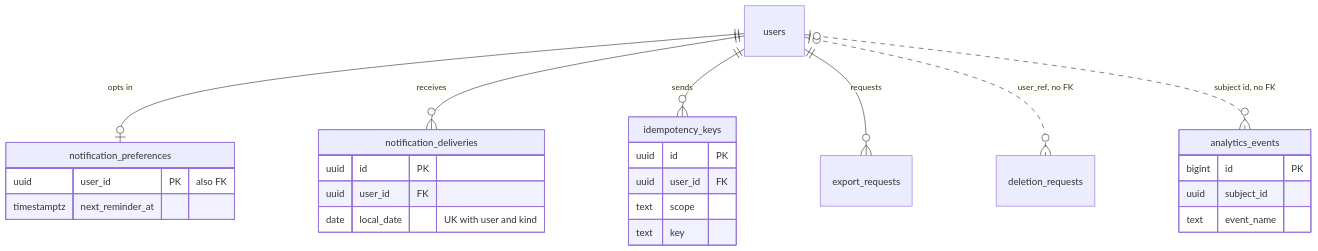
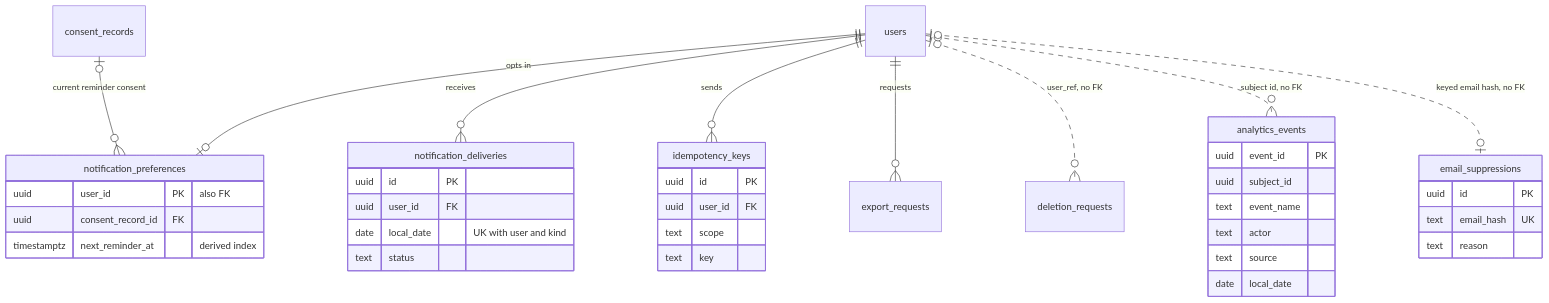
One commit to GhanshyamSoni68/app_idea changed the sixth of 7 diagrams in devstep/docs/04-data-model.md. Above: the diagram before and after it, drawn with Mermaid. The commit also changed other lines of this file and 8 other files, not shown here.

````diff
--- a/devstep/docs/04-data-model.md
+++ b/devstep/docs/04-data-model.md
@@ -294,29 +328,41 @@
 ```mermaid
 erDiagram
     users ||--o| notification_preferences : "opts in"
     users ||--o{ notification_deliveries : "receives"
     users ||--o{ idempotency_keys : "sends"
     users ||--o{ export_requests : "requests"
     users |o..o{ deletion_requests : "user_ref, no FK"
     users |o..o{ analytics_events : "subject id, no FK"
+    consent_records |o--o{ notification_preferences : "current reminder consent"
+    users |o..o| email_suppressions : "keyed email hash, no FK"
     notification_preferences {
         uuid user_id PK "also FK"
-        timestamptz next_reminder_at
+        uuid consent_record_id FK
+        timestamptz next_reminder_at "derived index"
     }
     notification_deliveries {
         uuid id PK
         uuid user_id FK
         date local_date "UK with user and kind"
+        text status
+    }
+    email_suppressions {
+        uuid id PK
+        text email_hash UK
+        text reason
     }
     idempotency_keys {
         uuid id PK
         uuid user_id FK
         text scope
         text key
     }
     analytics_events {
-        bigint id PK
+        uuid event_id PK
         uuid subject_id
         text event_name
+        text actor
+        text source
+        date local_date
     }
 ```
````
